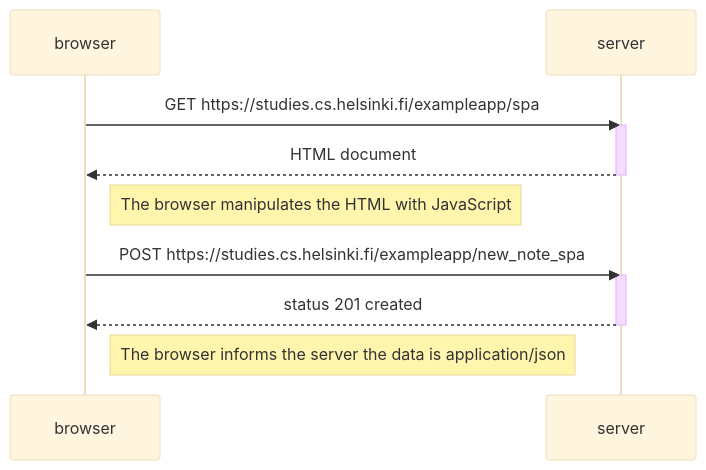
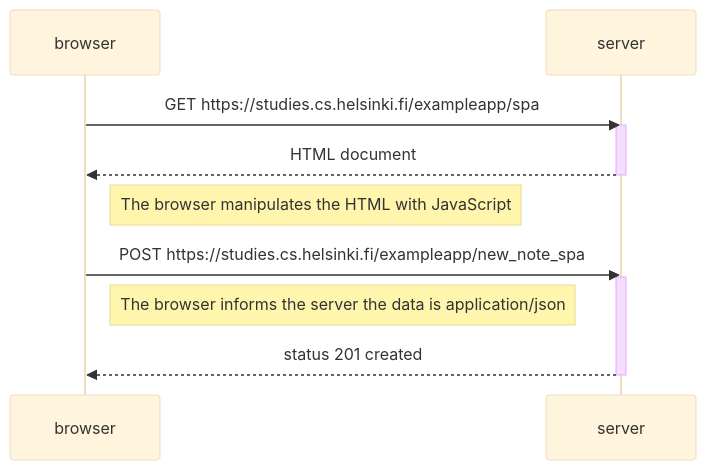
Before and after one commit to kaisadia/HY-fullstack: the diagram in osa0/0.6.md, drawn with Mermaid (base theme).

````diff
--- a/osa0/0.6.md
+++ b/osa0/0.6.md
@@ -2,23 +2,25 @@
 ```mermaid
 sequenceDiagram
     participant browser
     participant server
     
     
     browser->>server: GET https://studies.cs.helsinki.fi/exampleapp/spa
     activate server
     server-->>browser: HTML document
     deactivate server
     
     Note right of browser: The browser manipulates the HTML with JavaScript
     
     browser->>server: POST https://studies.cs.helsinki.fi/exampleapp/new_note_spa
     activate server
+    
+    Note right of browser: The browser informs the server the data is application/json
+     
     server-->>browser: status 201 created
     deactivate server
     
-    Note right of browser: The browser informs the server the data is application/json
-     
+   
     
   
 ```
````
